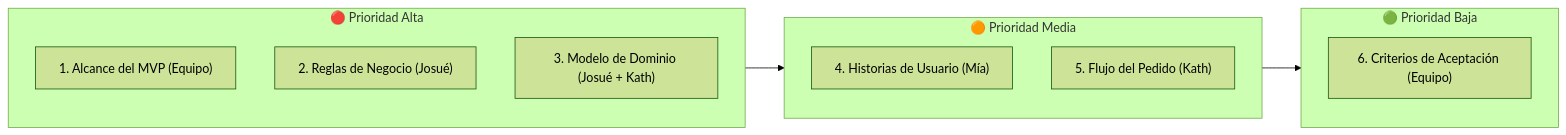
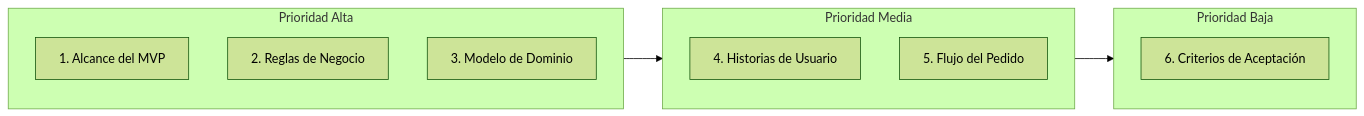
One commit to iJosueeh/jaldishop changed the diagram in docs/06-scrum/sprint-02.md. Above: the diagram before and after it, drawn with Mermaid (forest theme). The commit also changed other lines of this file and 3 other files, not shown here.

Commit message:
docs: integrar y estandarizar reglas-negocio.md en requisitos y Sprint 2

````diff
--- a/docs/06-scrum/sprint-02.md
+++ b/docs/06-scrum/sprint-02.md
@@ -28,19 +28,19 @@
 ```mermaid
 flowchart LR
-    subgraph ALTA["🔴 Prioridad Alta"]
-        T1["1. Alcance del MVP (Equipo)"]
-        T2["2. Reglas de Negocio (Josué)"]
-        T3["3. Modelo de Dominio (Josué + Kath)"]
+    subgraph ALTA["Prioridad Alta"]
+        T1["1. Alcance del MVP"]
+        T2["2. Reglas de Negocio"]
+        T3["3. Modelo de Dominio"]
     end
 
-    subgraph MEDIA["🟠 Prioridad Media"]
-        T4["4. Historias de Usuario (Mía)"]
-        T5["5. Flujo del Pedido (Kath)"]
+    subgraph MEDIA["Prioridad Media"]
+        T4["4. Historias de Usuario"]
+        T5["5. Flujo del Pedido"]
     end
 
-    subgraph BAJA["🟢 Prioridad Baja"]
-        T6["6. Criterios de Aceptación (Equipo)"]
+    subgraph BAJA["Prioridad Baja"]
+        T6["6. Criterios de Aceptación"]
     end
 
     ALTA --> MEDIA --> BAJA
 ```
````
